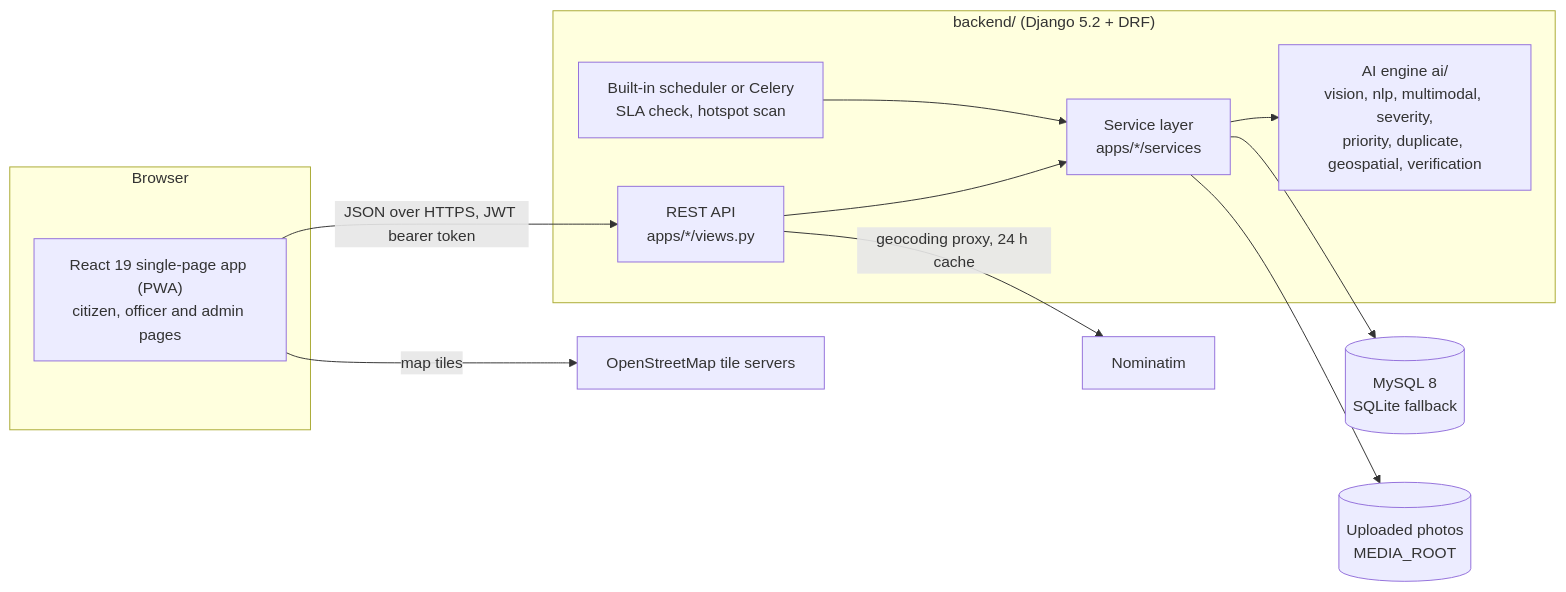
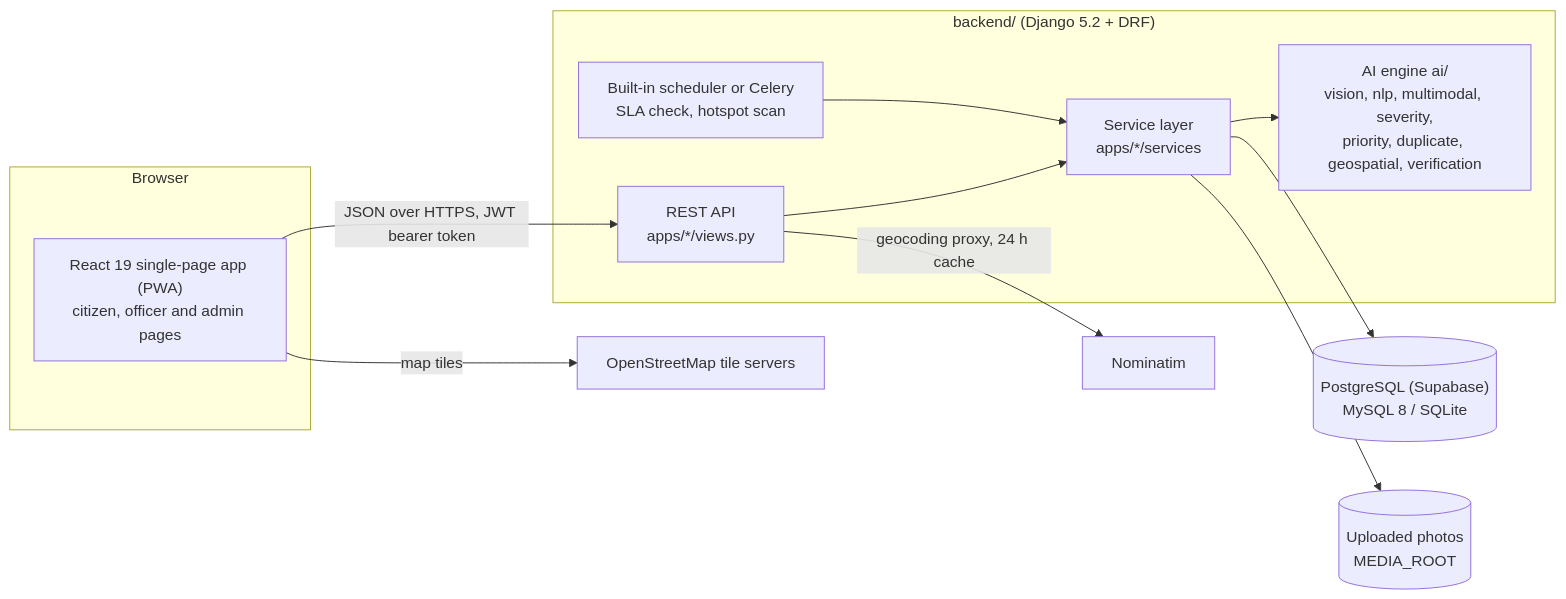
One commit to Jaswanth7373/CIVIC-AI changed the second of 2 diagrams in README.md. Above: the diagram before and after it, drawn with Mermaid. The commit also changed other lines of this file and 6 other files, not shown here.

First line of the commit message:
Switch the database to Supabase PostgreSQL

````diff
--- a/README.md
+++ b/README.md
@@ -153,16 +154,16 @@
 ```mermaid
 flowchart LR
     subgraph Browser
         SPA["React 19 single-page app (PWA)<br/>citizen, officer and admin pages"]
     end
     SPA -- "JSON over HTTPS, JWT bearer token" --> API
     SPA -- "map tiles" --> OSM["OpenStreetMap tile servers"]
     subgraph Backend["backend/ (Django 5.2 + DRF)"]
         API["REST API<br/>apps/*/views.py"] --> SVC["Service layer<br/>apps/*/services"]
         SVC --> AI["AI engine ai/<br/>vision, nlp, multimodal, severity,<br/>priority, duplicate, geospatial, verification"]
         JOBS["Built-in scheduler or Celery<br/>SLA check, hotspot scan"] --> SVC
     end
-    SVC --> DB[("MySQL 8<br/>SQLite fallback")]
+    SVC --> DB[("PostgreSQL (Supabase)<br/>MySQL 8 / SQLite")]
     SVC --> MEDIA[("Uploaded photos<br/>MEDIA_ROOT")]
     API -- "geocoding proxy, 24 h cache" --> NOM["Nominatim"]
 ```
````
